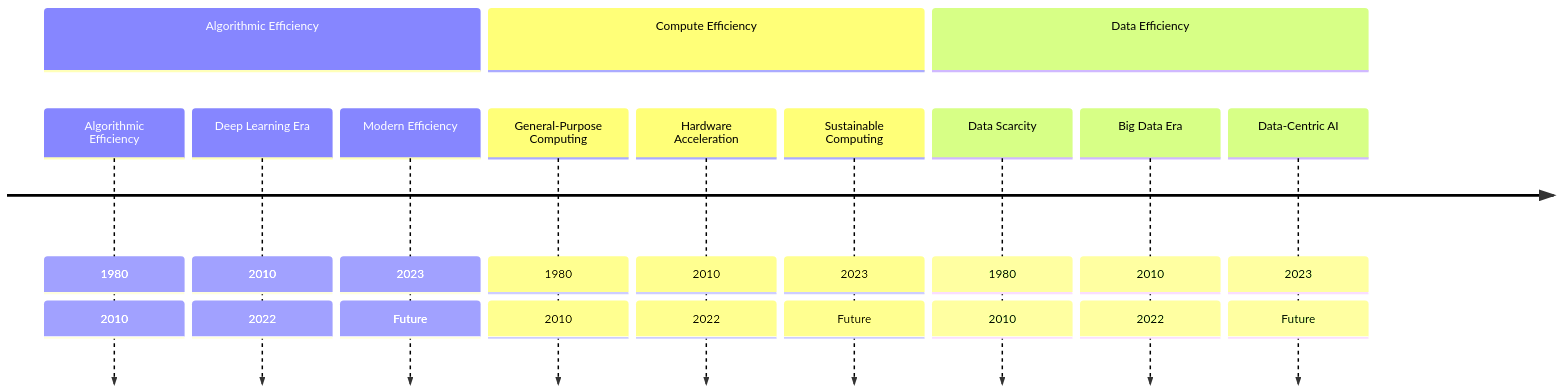
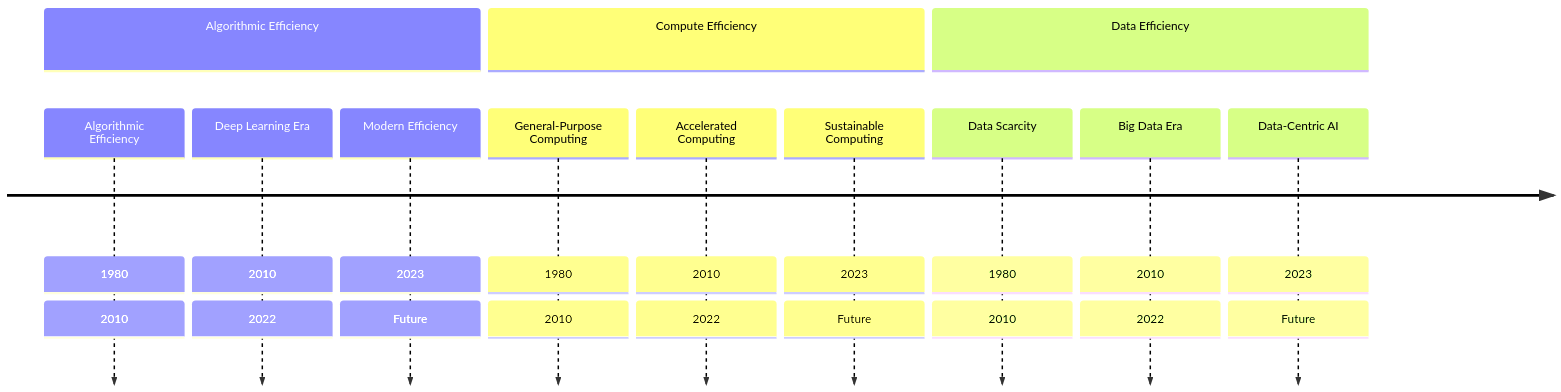
The first of 3 diagrams in contents/core/efficient_ai/efficient_ai.qmd (harvard-edge/cs249r_book), drawn with Mermaid before and after one commit. The commit also changed other lines of this file and 1 other file, not shown here.

````diff
--- a/contents/core/efficient_ai/efficient_ai.qmd
+++ b/contents/core/efficient_ai/efficient_ai.qmd
@@ -49,21 +49,21 @@
 ```{mermaid}
 %%| label: fig-evolution-efficiency
 %%| fig-width: 6
 %%| fig-cap: |
 %%|   Evolution of AI Efficiency over the past few decades.
 
 timeline
     dateFormat YYYY
     section Algorithmic Efficiency
         Algorithmic Efficiency: 1980: 2010
         Deep Learning Era: 2010: 2022
         Modern Efficiency: 2023: Future
     section Compute Efficiency
         General-Purpose Computing: 1980: 2010
-        Hardware Acceleration: 2010: 2022
+        Accelerated Computing: 2010: 2022
         Sustainable Computing: 2023: Future
     section Data Efficiency
         Data Scarcity: 1980: 2010
         Big Data Era: 2010: 2022
         Data-Centric AI: 2023: Future
 ```
````
